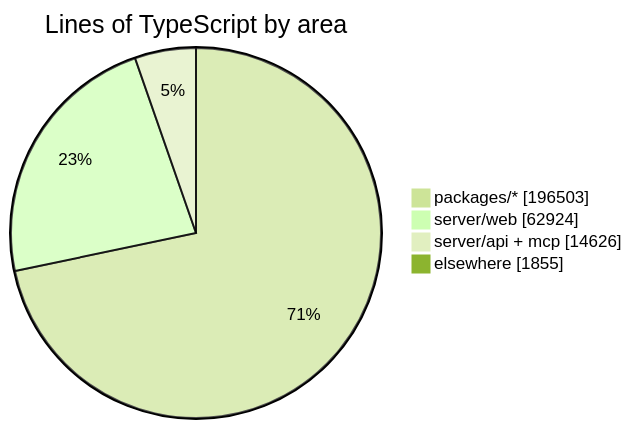
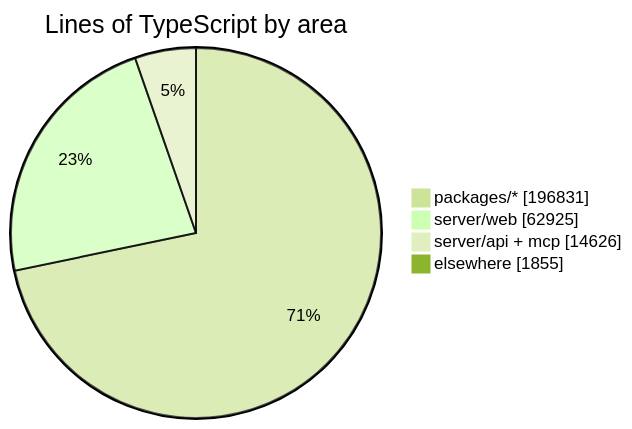
Before and after one commit to crossworks-engineering/mantle: the diagram in README.md, drawn with Mermaid (forest theme). The commit also changed other lines of this file and 2 other files, not shown here.

````diff
--- a/README.md
+++ b/README.md
@@ -287,7 +287,7 @@
 ```mermaid
 pie showData title Lines of TypeScript by area
-    "packages/*" : 196503
-    "server/web" : 62924
+    "packages/*" : 196831
+    "server/web" : 62925
     "server/api + mcp" : 14626
     "elsewhere" : 1855
 ```
````
